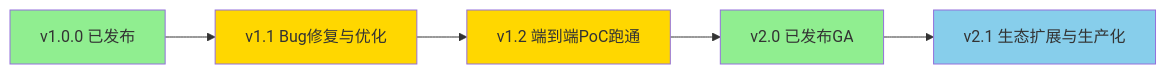
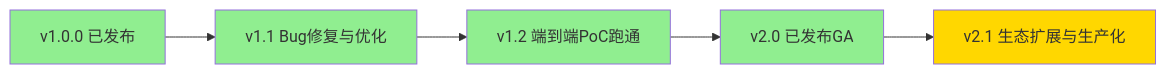
Before and after one commit to Levango7/DataEngineBDP: the diagram in ROADMAP.md, drawn with Mermaid. The commit also changed other lines of this file, not shown here.

Commit message:
docs: update ROADMAP status table to reflect actual progress

````diff
--- a/ROADMAP.md
+++ b/ROADMAP.md
@@ -7,13 +7,13 @@
 ```mermaid
 graph LR
     V100[v1.0.0 已发布] --> V110[v1.1 Bug修复与优化]
     V110 --> V120[v1.2 端到端PoC跑通]
     V120 --> V200[v2.0 已发布GA]
     V200 --> V210[v2.1 生态扩展与生产化]
 
     style V100 fill:#90EE90
-    style V110 fill:#FFD700
-    style V120 fill:#FFD700
+    style V110 fill:#90EE90
+    style V120 fill:#90EE90
     style V200 fill:#90EE90
-    style V210 fill:#87CEEB
+    style V210 fill:#FFD700
 ```
````
